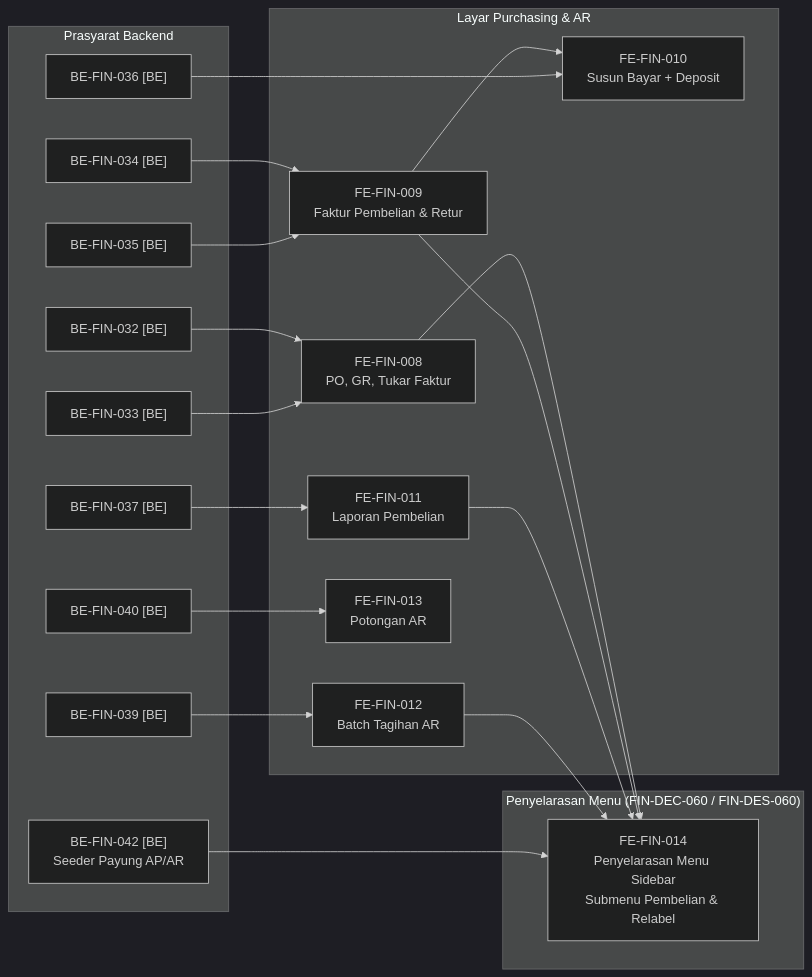
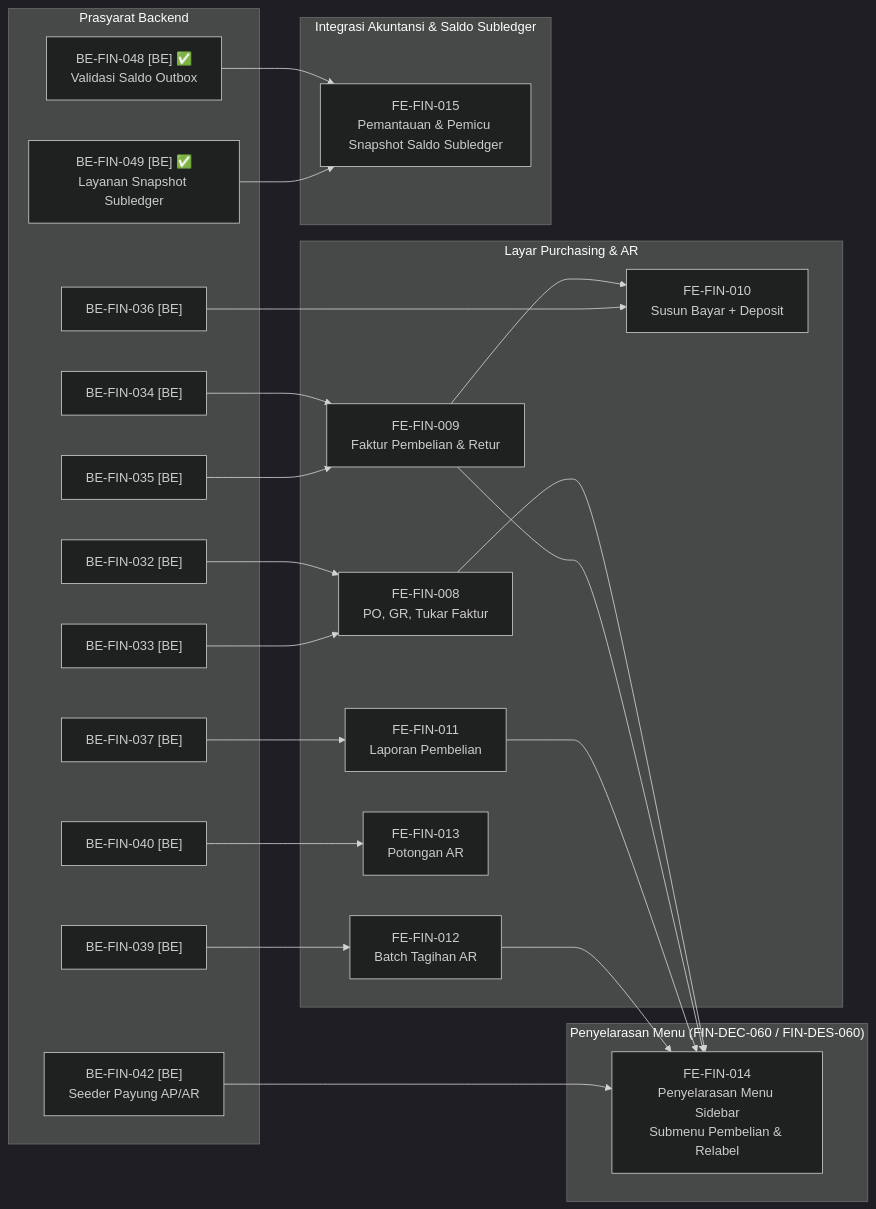
The diagram in docs/module-blueprints/finance-management/roadmap/02-frontend-roadmap.md (DevBenari/NewQuilvianSystemBackend), drawn with Mermaid (dark theme) before and after one commit. The commit also changed other lines of this file and 31 other files, not shown here.

````diff
--- a/docs/module-blueprints/finance-management/roadmap/02-frontend-roadmap.md
+++ b/docs/module-blueprints/finance-management/roadmap/02-frontend-roadmap.md
@@ -191,43 +197,52 @@
 ```mermaid
 graph LR
   subgraph "Prasyarat Backend"
     BE_FIN_042["BE-FIN-042 [BE]<br/>Seeder Payung AP/AR"]
     BE_FIN_032["BE-FIN-032 [BE]"]
     BE_FIN_033["BE-FIN-033 [BE]"]
     BE_FIN_034["BE-FIN-034 [BE]"]
     BE_FIN_035["BE-FIN-035 [BE]"]
     BE_FIN_036["BE-FIN-036 [BE]"]
     BE_FIN_037["BE-FIN-037 [BE]"]
     BE_FIN_039["BE-FIN-039 [BE]"]
     BE_FIN_040["BE-FIN-040 [BE]"]
+    BE_FIN_048["BE-FIN-048 [BE] ✅<br/>Validasi Saldo Outbox"]
+    BE_FIN_049["BE-FIN-049 [BE] ✅<br/>Layanan Snapshot Subledger"]
   end
 
   subgraph "Layar Purchasing & AR"
     FE_FIN_008["FE-FIN-008<br/>PO, GR, Tukar Faktur"]
     FE_FIN_009["FE-FIN-009<br/>Faktur Pembelian & Retur"]
     FE_FIN_010["FE-FIN-010<br/>Susun Bayar + Deposit"]
     FE_FIN_011["FE-FIN-011<br/>Laporan Pembelian"]
     FE_FIN_012["FE-FIN-012<br/>Batch Tagihan AR"]
     FE_FIN_013["FE-FIN-013<br/>Potongan AR"]
+  end
+
+  subgraph "Integrasi Akuntansi & Saldo Subledger"
+    FE_FIN_015["FE-FIN-015<br/>Pemantauan & Pemicu Snapshot Saldo Subledger"]
   end
 
   subgraph "Penyelarasan Menu (FIN-DEC-060 / FIN-DES-060)"
     FE_FIN_014["FE-FIN-014<br/>Penyelarasan Menu Sidebar<br/>Submenu Pembelian & Relabel"]
   end
 
   BE_FIN_032 --> FE_FIN_008
   BE_FIN_033 --> FE_FIN_008
   BE_FIN_034 --> FE_FIN_009
   BE_FIN_035 --> FE_FIN_009
   FE_FIN_009 --> FE_FIN_010
   BE_FIN_036 --> FE_FIN_010
   BE_FIN_037 --> FE_FIN_011
   BE_FIN_039 --> FE_FIN_012
   BE_FIN_040 --> FE_FIN_013
 
+  BE_FIN_048 --> FE_FIN_015
+  BE_FIN_049 --> FE_FIN_015
+
   BE_FIN_042 --> FE_FIN_014
   FE_FIN_008 --> FE_FIN_014
   FE_FIN_009 --> FE_FIN_014
   FE_FIN_011 --> FE_FIN_014
   FE_FIN_012 --> FE_FIN_014
 ```
````
